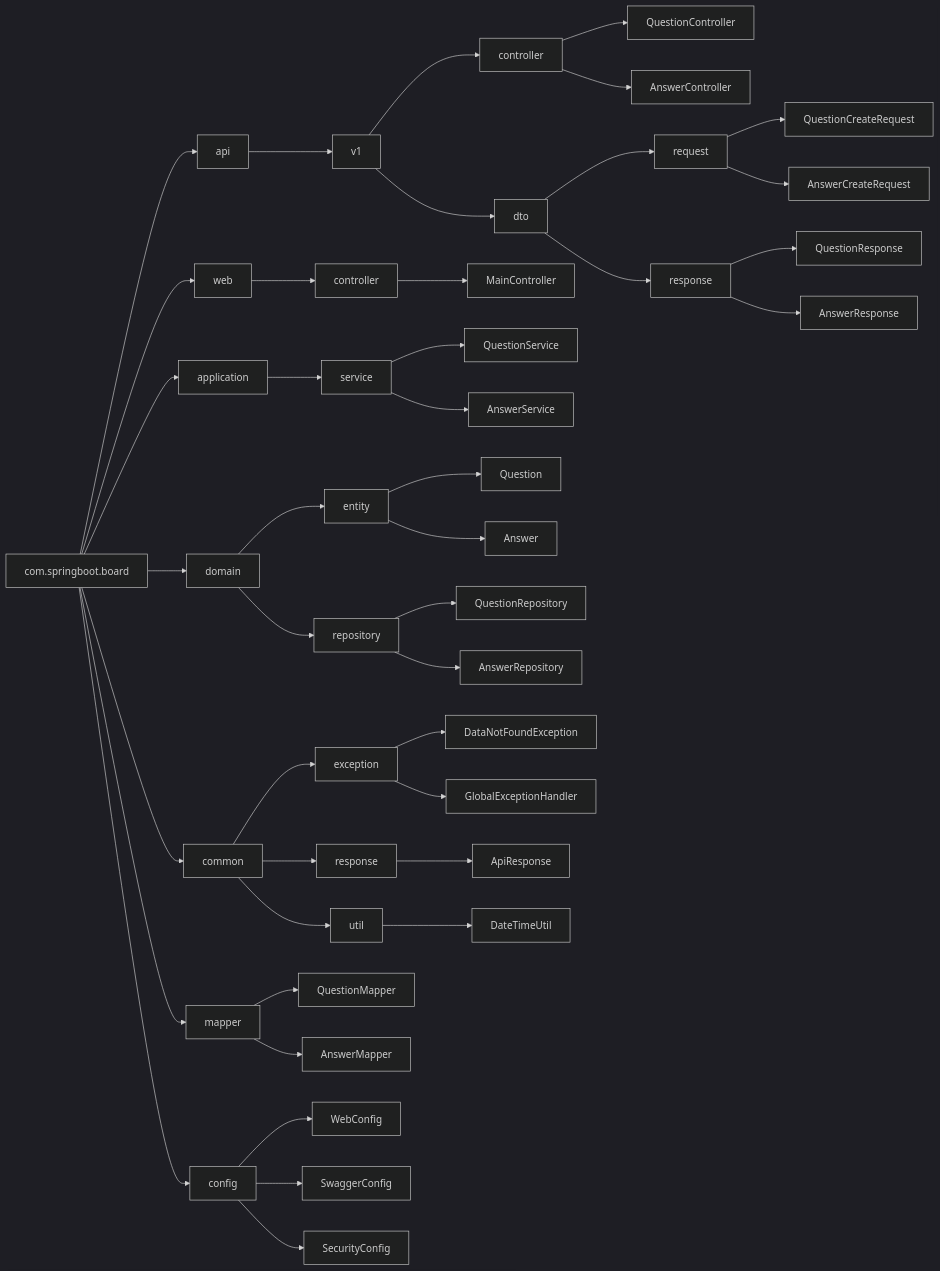
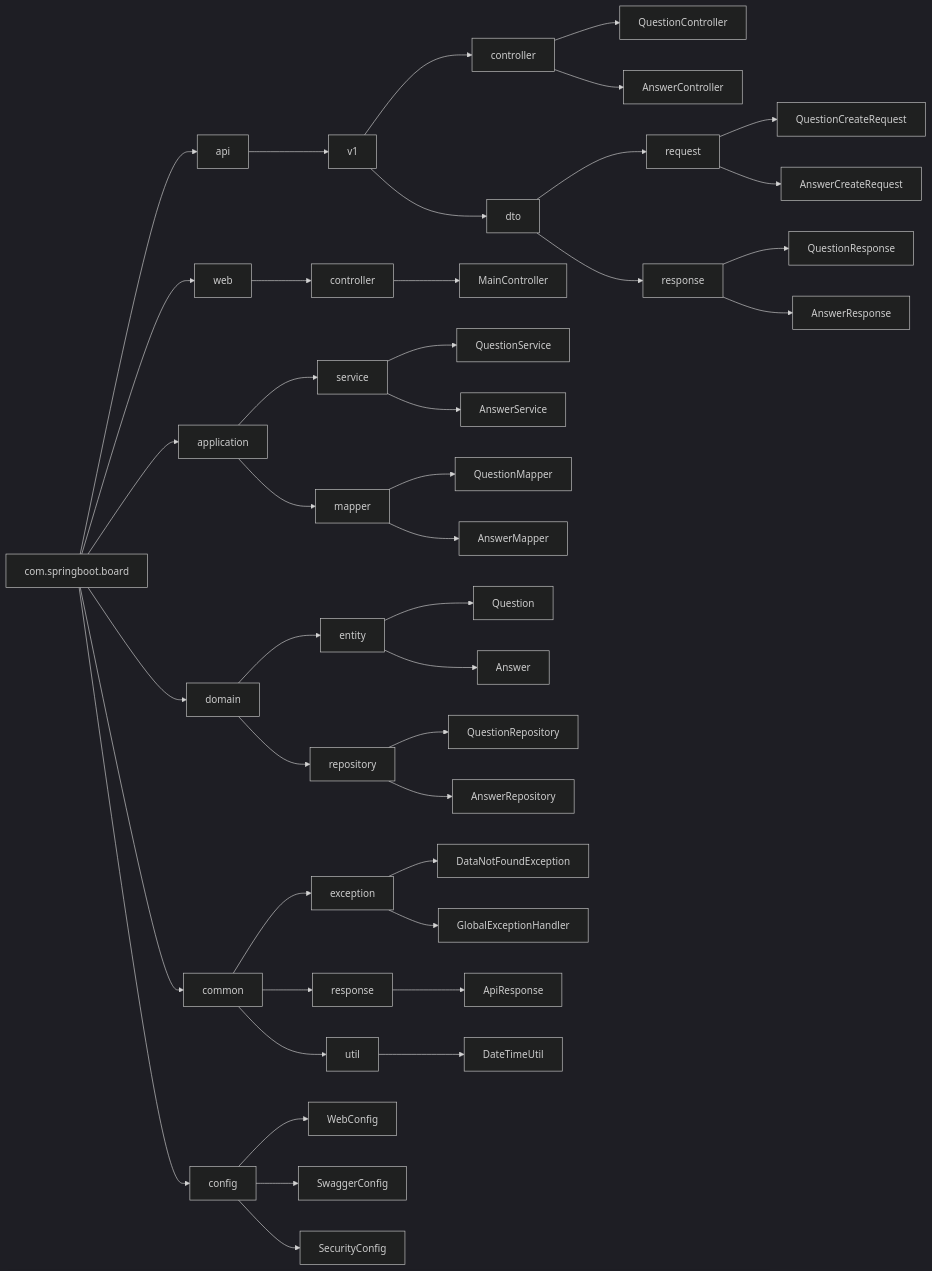
One commit to yujm08/ezen-mini-backend changed the first of 3 diagrams in README.md. Above: the diagram before and after it, drawn with Mermaid (dark theme). The commit also changed other lines of this file and 5 other files, not shown here.

````diff
--- a/README.md
+++ b/README.md
@@ -53,50 +53,49 @@
 ```mermaid
 graph LR
     A[com.springboot.board] --> B[api]
     B --> C[v1]
     C --> D[controller]
     D --> E[QuestionController]
     D --> F[AnswerController]
     C --> G[dto]
     G --> H[request]
     H --> I[QuestionCreateRequest]
     H --> J[AnswerCreateRequest]
     G --> K[response]
     K --> L[QuestionResponse]
     K --> M[AnswerResponse]
 
     A --> N[web]
     N --> O[controller]
     O --> P[MainController]
 
     A --> Q[application]
     Q --> R[service]
     R --> S[QuestionService]
     R --> T[AnswerService]
+    Q --> U[mapper]
+    U --> V[QuestionMapper]
+    U --> W[AnswerMapper]
 
-    A --> U[domain]
-    U --> V[entity]
-    V --> W[Question]
-    V --> X[Answer]
-    U --> Y[repository]
-    Y --> Z[QuestionRepository]
-    Y --> AA[AnswerRepository]
+    A --> X[domain]
+    X --> Y[entity]
+    Y --> Z[Question]
+    Y --> AA[Answer]
+    X --> AB[repository]
+    AB --> AC[QuestionRepository]
+    AB --> AD[AnswerRepository]
 
-    A --> AB[common]
-    AB --> AC[exception]
-    AC --> AD[DataNotFoundException]
-    AC --> AE[GlobalExceptionHandler]
-    AB --> AF[response]
-    AF --> AG[ApiResponse]
-    AB --> AH[util]
-    AH --> AI[DateTimeUtil]
-
-    A --> AJ[mapper]
-    AJ --> AK[QuestionMapper]
-    AJ --> AL[AnswerMapper]
+    A --> AE[common]
+    AE --> AF[exception]
+    AF --> AG[DataNotFoundException]
+    AF --> AH[GlobalExceptionHandler]
+    AE --> AI[response]
+    AI --> AJ[ApiResponse]
+    AE --> AK[util]
+    AK --> AL[DateTimeUtil]
 
     A --> AM[config]
     AM --> AN[WebConfig]
     AM --> AO[SwaggerConfig]
     AM --> AP[SecurityConfig]
 ```
````
